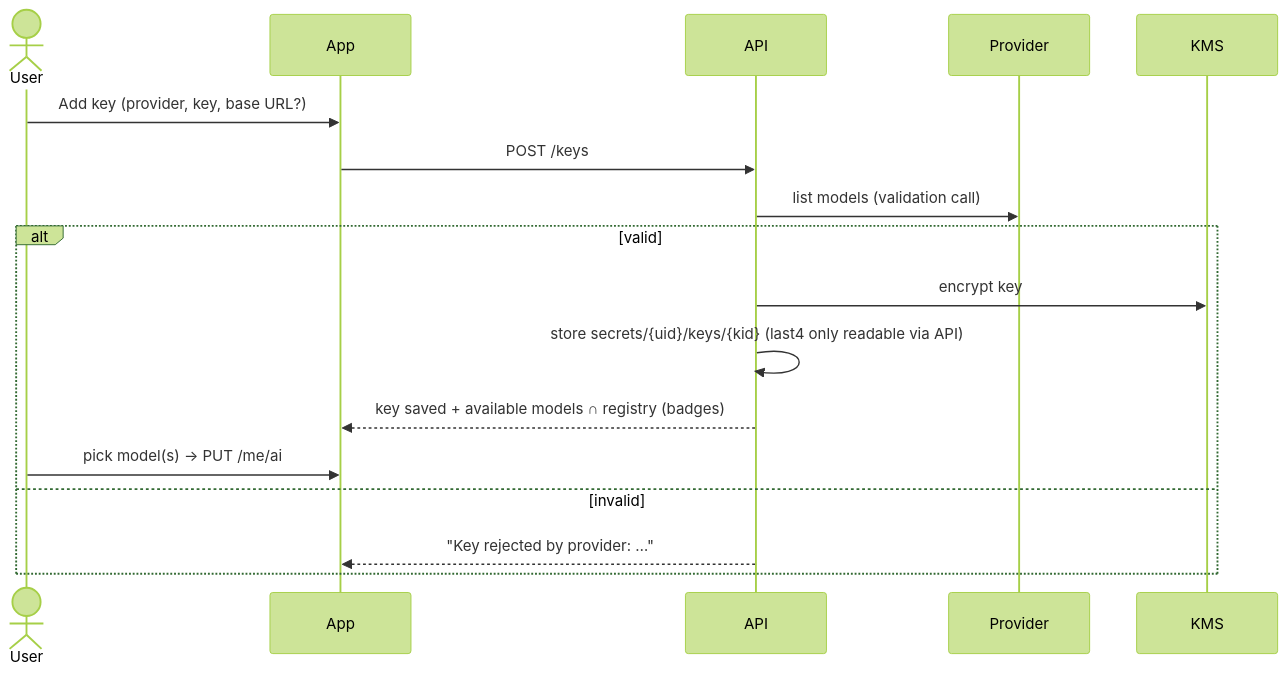
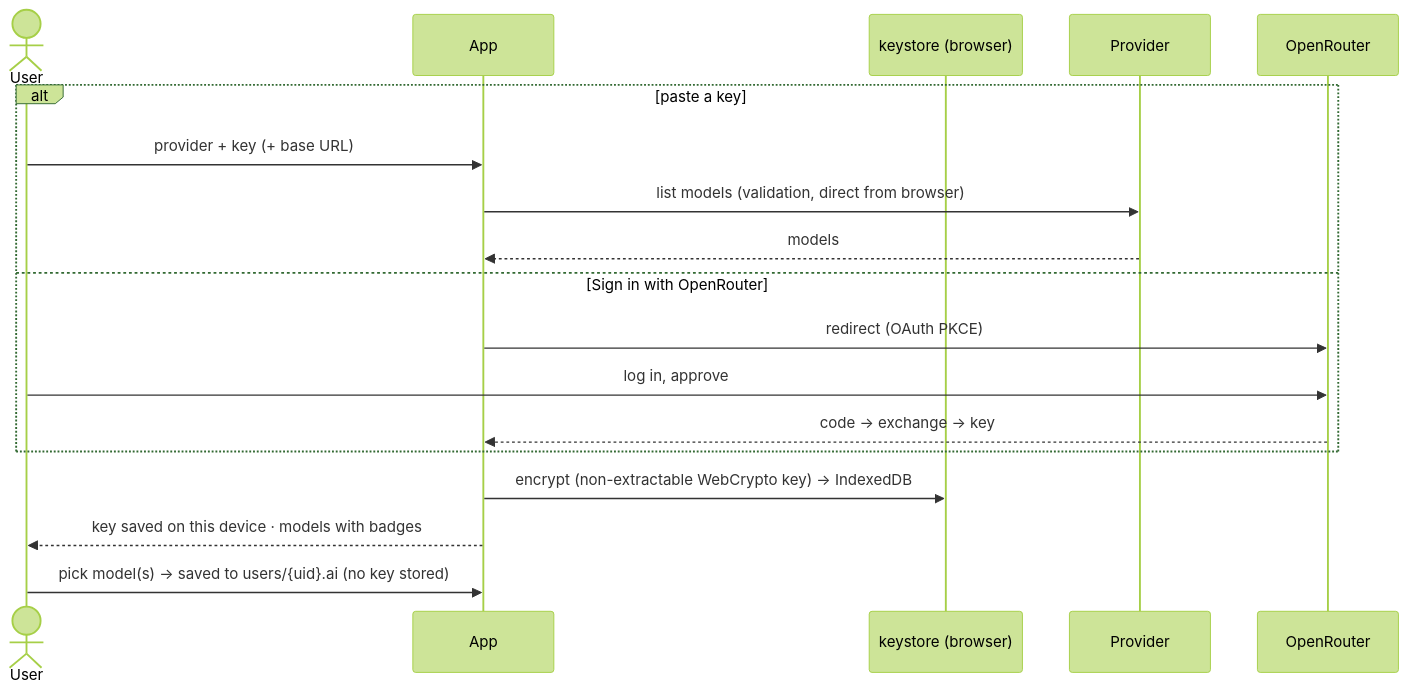
One commit to iamsanuponnulli-hue/PORTFOLIO-BUILDER changed diagram 14 of 17 in docs/ARCHITECTURE.md. Above: the diagram before and after it, drawn with Mermaid (forest theme). The commit also changed other lines of this file and 1 other file, not shown here.

First line of the commit message:
Plan: thin server, browser-heavy processing, extension, device-only keys, OpenRouter sign-in

````diff
--- a/docs/ARCHITECTURE.md
+++ b/docs/ARCHITECTURE.md
@@ -492,19 +520,20 @@
 ```mermaid
 sequenceDiagram
   actor U as User
   participant App
-  participant API
+  participant KS as keystore (browser)
   participant P as Provider
-  participant KMS
-  U->>App: Add key (provider, key, base URL?)
-  App->>API: POST /keys
-  API->>P: list models (validation call)
-  alt valid
-    API->>KMS: encrypt key
-    API->>API: store secrets/{uid}/keys/{kid} (last4 only readable via API)
-    API-->>App: key saved + available models ∩ registry (badges)
-    U->>App: pick model(s) → PUT /me/ai
-  else invalid
-    API-->>App: "Key rejected by provider: …"
+  participant OR as OpenRouter
+  alt paste a key
+    U->>App: provider + key (+ base URL)
+    App->>P: list models (validation, direct from browser)
+    P-->>App: models
+  else Sign in with OpenRouter
+    App->>OR: redirect (OAuth PKCE)
+    U->>OR: log in, approve
+    OR-->>App: code → exchange → key
   end
+  App->>KS: encrypt (non-extractable WebCrypto key) → IndexedDB
+  App-->>U: key saved on this device · models with badges
+  U->>App: pick model(s) → saved to users/{uid}.ai (no key stored)
 ```
````
